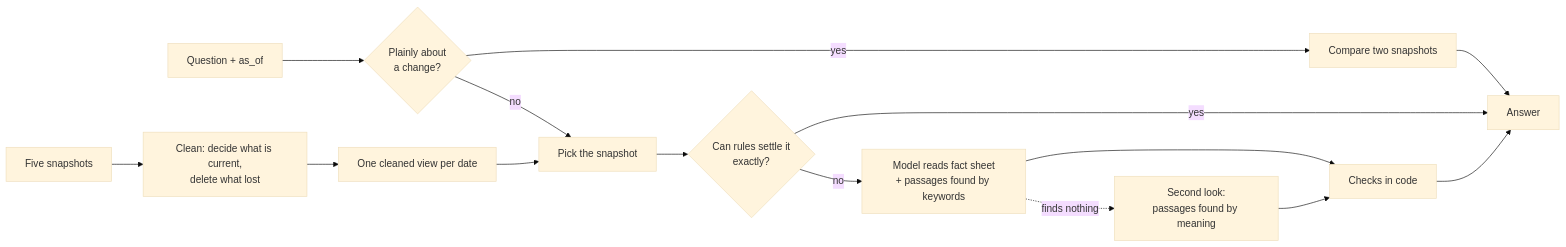
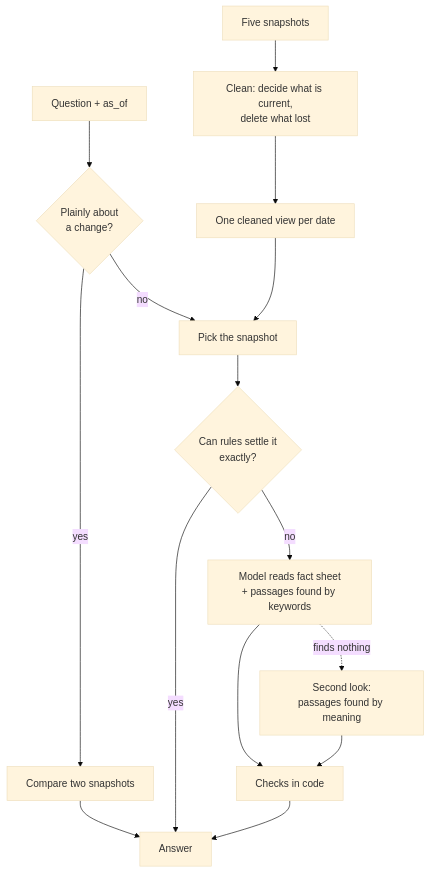
Before and after one commit to Subramanyam6/snapshot-knowledge-system: the diagram in README.md, drawn with Mermaid (base theme). The commit also changed other lines of this file and 2 other files, not shown here.

````diff
--- a/README.md
+++ b/README.md
@@ -43,16 +44,16 @@
 ```mermaid
-flowchart LR
+flowchart TD
     S[Five snapshots] --> C[Clean: decide what is current,<br/>delete what lost]
     C --> V[One cleaned view per date]
     Q[Question + as_of] --> H{Plainly about<br/>a change?}
     H -- yes --> T[Compare two snapshots] --> A[Answer]
     H -- no --> P[Pick the snapshot]
     V --> P
     P --> R{Can rules settle it<br/>exactly?}
     R -- yes --> A
     R -- no --> M[Model reads fact sheet<br/>+ passages found by keywords]
     M -. finds nothing .-> L[Second look:<br/>passages found by meaning]
     M --> K[Checks in code]
     L --> K
     K --> A
 ```
````
